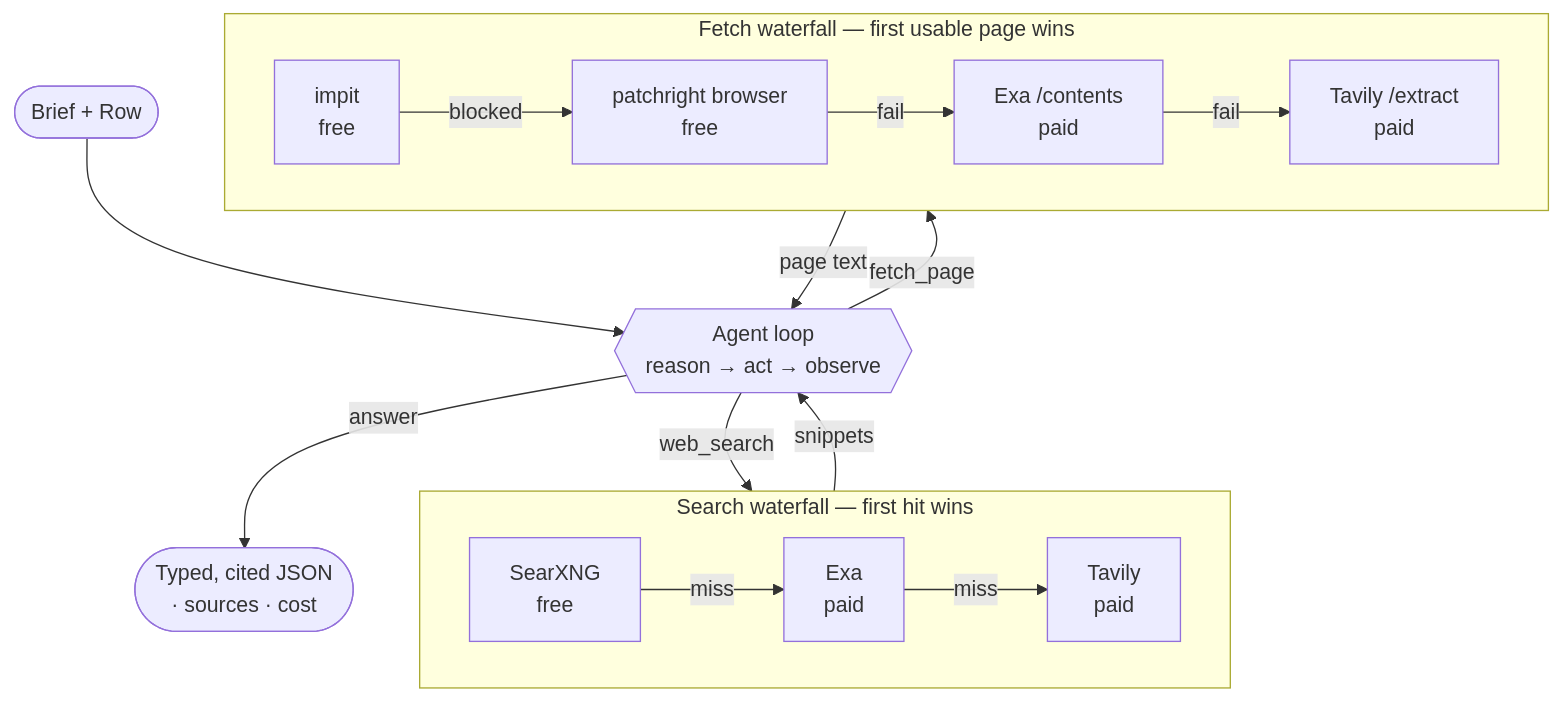
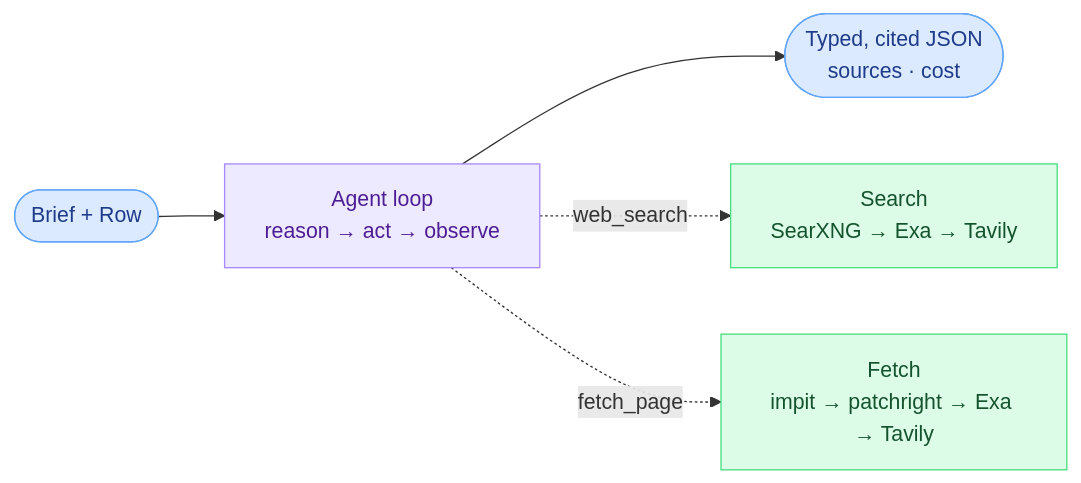
Before and after one commit to simonbalfe/openclaygent: the diagram in README.md, drawn with Mermaid.

Commit message:
docs(readme): cleaner how-it-works mermaid — straight spine, themed nodes
- Drop the bidirectional call/return edges that crossed and overlapped;
  one-way dotted tool calls off a straight Brief → Agent → JSON spine
- Collapse each waterfall to one node showing rung order as text
- Explicit pastel palette (io/agent/tool) with dark text so it reads in
  GitHub light and dark mode

````diff
--- a/README.md
+++ b/README.md
@@ -34,19 +34,13 @@
 ```mermaid
-flowchart TB
-  IN(["Brief + Row"]) --> A{{"Agent loop<br/>reason → act → observe"}}
-  A -->|web_search| S
-  A -->|fetch_page| F
-  S -->|snippets| A
-  F -->|page text| A
-  A -->|answer| OUT(["Typed, cited JSON<br/>· sources · cost"])
+flowchart LR
+  IN(["Brief + Row"]) --> A["Agent loop<br/>reason → act → observe"] --> OUT(["Typed, cited JSON<br/>sources · cost"])
+  A -. web_search .-> S["Search<br/>SearXNG → Exa → Tavily"]
+  A -. fetch_page .-> F["Fetch<br/>impit → patchright → Exa → Tavily"]
 
-  subgraph S ["Search waterfall — first hit wins"]
-    direction LR
-    S1["SearXNG<br/>free"] -->|miss| S2["Exa<br/>paid"] -->|miss| S3["Tavily<br/>paid"]
-  end
-
-  subgraph F ["Fetch waterfall — first usable page wins"]
-    direction LR
-    F1["impit<br/>free"] -->|blocked| F2["patchright browser<br/>free"] -->|fail| F3["Exa /contents<br/>paid"] -->|fail| F4["Tavily /extract<br/>paid"]
-  end
+  classDef io fill:#dbeafe,stroke:#60a5fa,color:#1e3a8a;
+  classDef agent fill:#ede9fe,stroke:#a78bfa,color:#4c1d95;
+  classDef tool fill:#dcfce7,stroke:#4ade80,color:#14532d;
+  class IN,OUT io;
+  class A agent;
+  class S,F tool;
 ```
````
